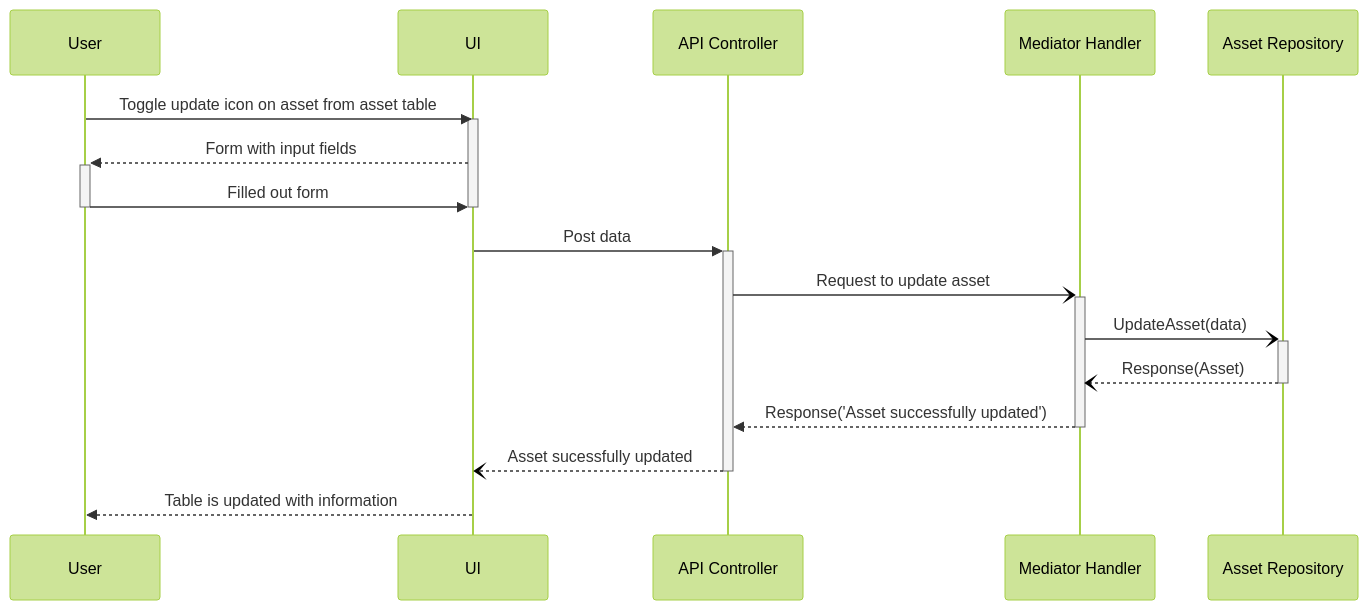
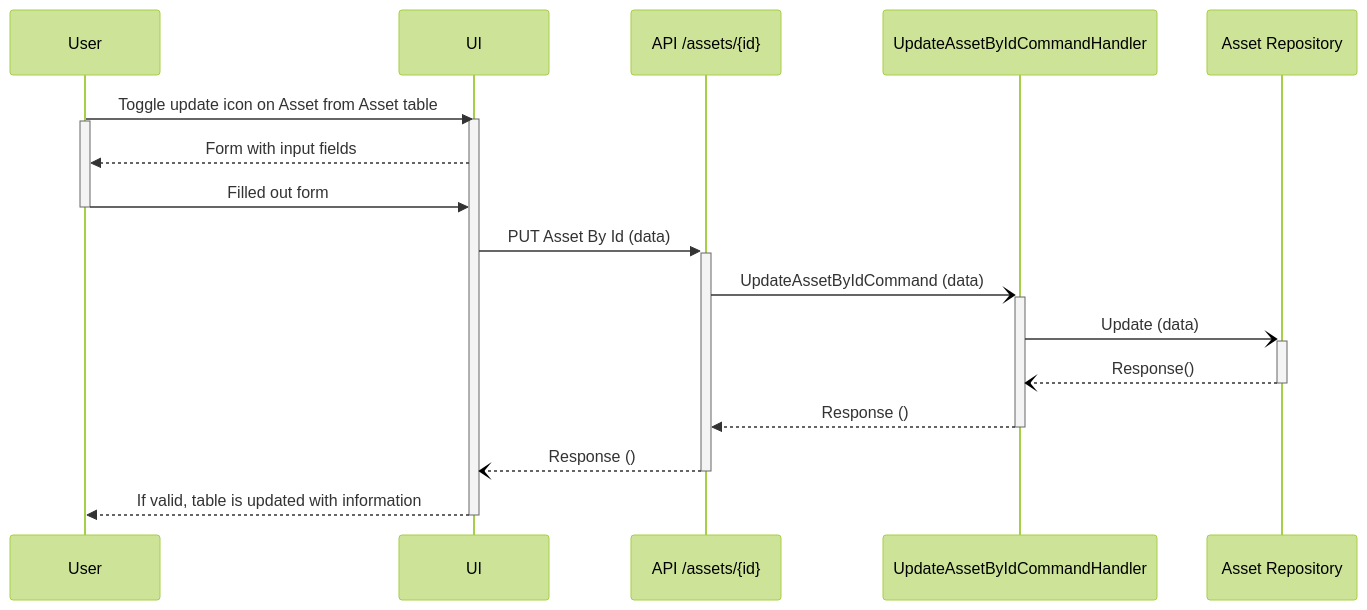
One commit to livun/bouvet-asset-hub changed the first of 3 diagrams in docs/sequence-diagrams/update-asset.md. Above: the diagram before and after it, drawn with Mermaid (forest theme). The commit also changed other lines of this file and 7 other files, not shown here.

Commit message:
new sequence diagrams

````diff
--- a/docs/sequence-diagrams/update-asset.md
+++ b/docs/sequence-diagrams/update-asset.md
@@ -3,22 +3,17 @@
 ```mermaid
 sequenceDiagram
-    User ->> UI : Toggle update icon on asset from asset table
-    
+    User ->> UI : Toggle update icon on Asset from Asset table
     Activate UI
-        UI -->>+ User : Form with input fields
-        User ->>- UI : Filled out form
+    Activate User
+        UI -->> User : Form with input fields
+        User ->> UI : Filled out form
+    Deactivate User
+            UI ->>+ API /assets/{id}: PUT Asset By Id (data)
+                API /assets/{id} -)+ UpdateAssetByIdCommandHandler : UpdateAssetByIdCommand (data)
+                    UpdateAssetByIdCommandHandler -)+ Asset Repository : Update (data)
+                    Asset Repository  --)- UpdateAssetByIdCommandHandler : Response()
+                UpdateAssetByIdCommandHandler -->>- API /assets/{id} : Response ()
+            API /assets/{id} --)- UI  : Response ()
+        UI -->> User : If valid, table is updated with information
     Deactivate UI
-    
-    UI ->>+ API Controller: Post data
-    API Controller -)+ Mediator Handler : Request to update asset
-        
-    Mediator Handler -)+ Asset Repository : UpdateAsset(data)
-            
-    Asset Repository  --)- Mediator Handler : Response(Asset)
-                    
-    Mediator Handler -->>- API Controller : Response('Asset successfully updated')
-    
-    API Controller --)- UI  : Asset sucessfully updated
-    
-    UI -->> User : Table is updated with information
 ```
````
